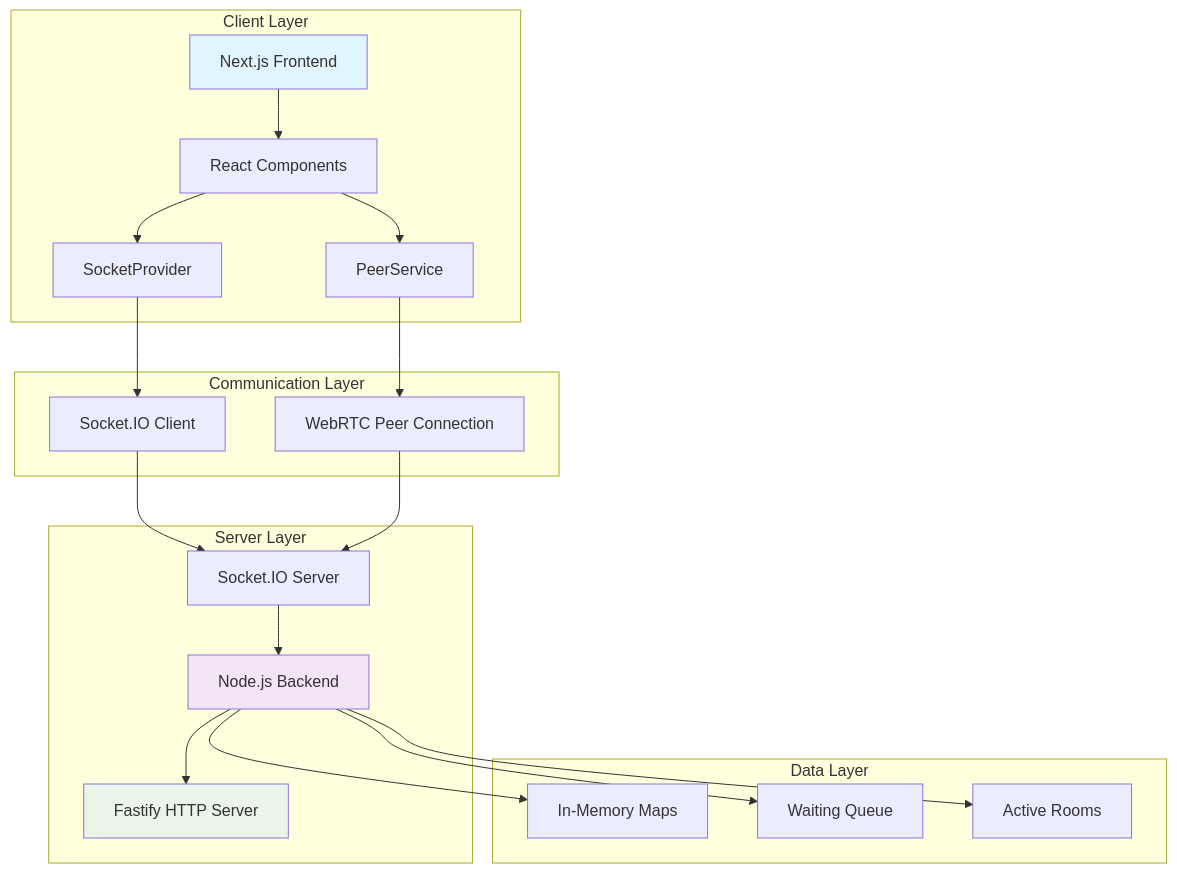
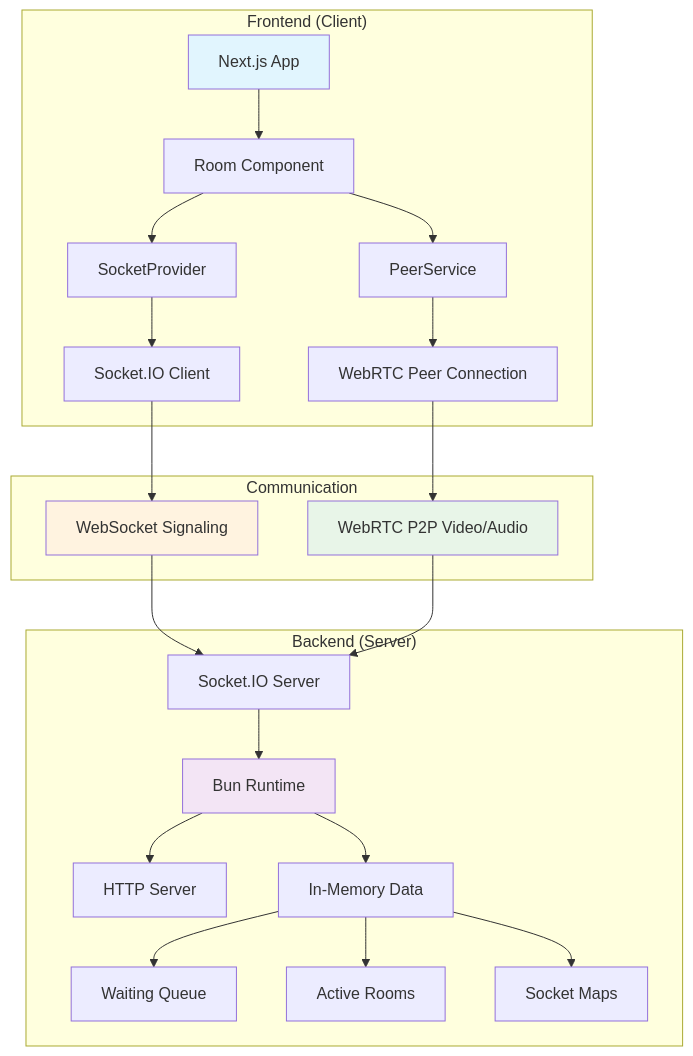
Before and after one commit to iamanishx/Threadr: the diagram in Threadr_Architecture_Diagram.md, drawn with Mermaid. The commit also changed other lines of this file, not shown here.

Commit message:
mermaid diagram by copilot lol

````diff
--- a/Threadr_Architecture_Diagram.md
+++ b/Threadr_Architecture_Diagram.md
@@ -5,43 +5,47 @@
 ```mermaid
 graph TB
-    subgraph "Client Layer"
-        A[Next.js Frontend]
-        B[React Components]
+    subgraph "Frontend (Client)"
+        A[Next.js App]
+        B[Room Component]
         C[SocketProvider]
         D[PeerService]
-    end
-
-    subgraph "Communication Layer"
         E[Socket.IO Client]
         F[WebRTC Peer Connection]
     end
 
-    subgraph "Server Layer"
-        G[Node.js Backend]
+    subgraph "Backend (Server)"
+        G[Bun Runtime]
         H[Socket.IO Server]
-        I[Fastify HTTP Server]
+        I[HTTP Server]
+        J[In-Memory Data]
+        J1[Waiting Queue]
+        J2[Active Rooms]
+        J3[Socket Maps]
     end
 
-    subgraph "Data Layer"
-        J[In-Memory Maps]
-        K[Waiting Queue]
-        L[Active Rooms]
+    subgraph "Communication"
+        K[WebSocket Signaling]
+        L[WebRTC P2P Video/Audio]
     end
 
     A --> B
     B --> C
+    B --> D
     C --> E
-    B --> D
     D --> F
-    E --> H
-    F --> H
+    E --> K
+    F --> L
+    K --> H
+    L --> H
     H --> G
     G --> I
     G --> J
-    G --> K
-    G --> L
+    J --> J1
+    J --> J2
+    J --> J3
 
     style A fill:#e1f5fe
     style G fill:#f3e5f5
-    style I fill:#e8f5e8
+    style K fill:#fff3e0
+    style L fill:#e8f5e8
 ```
````
